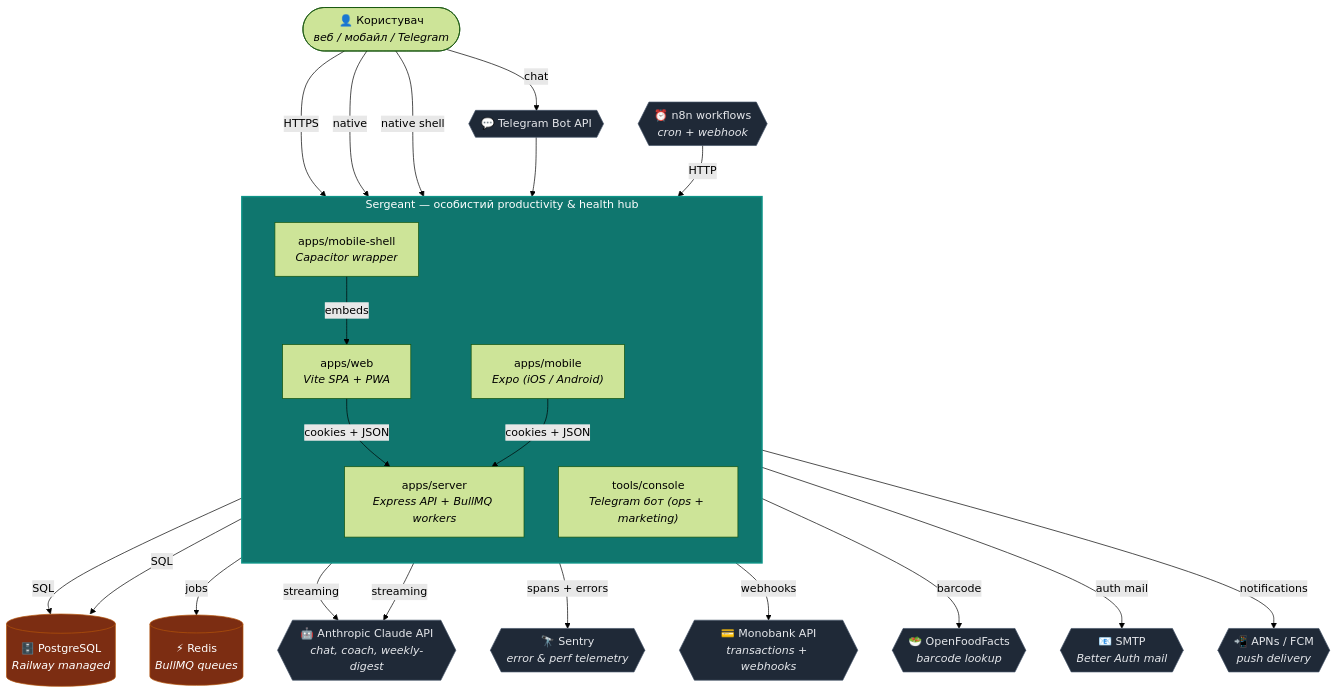
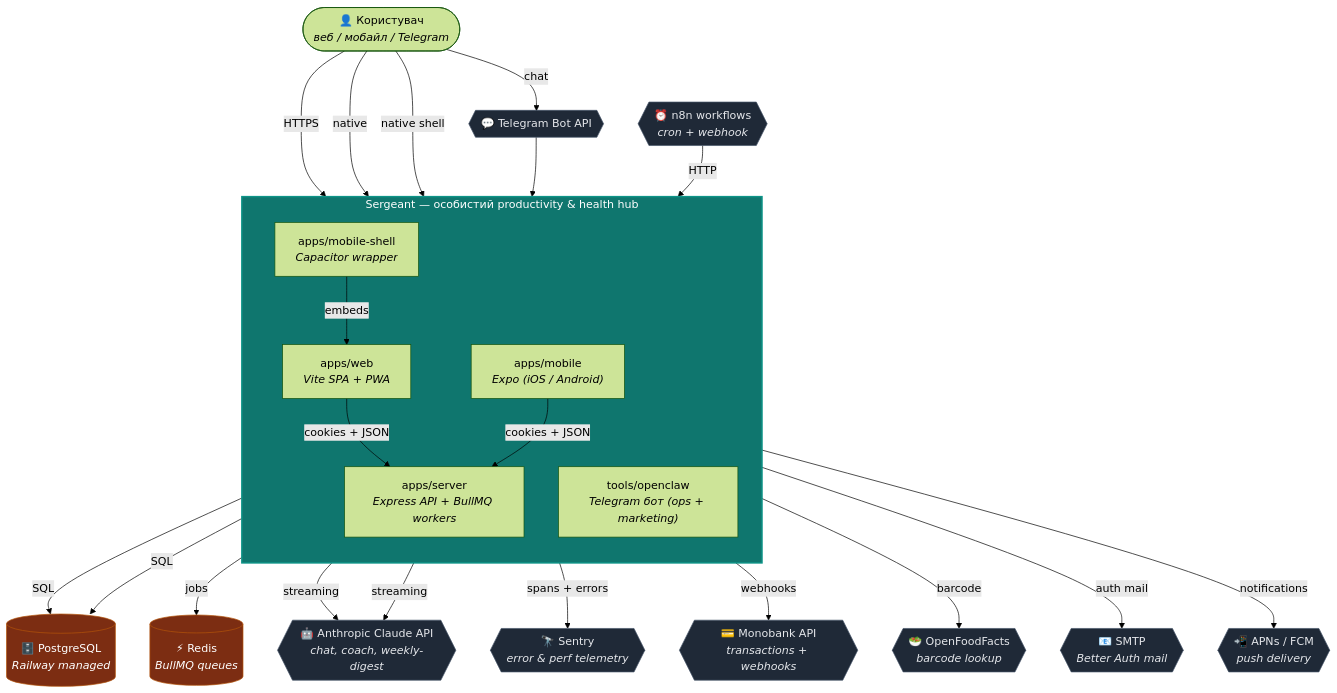
One commit to SkOrDs-02/sergeant changed the diagram in docs/architecture/diagrams/c1-system-context.md. Above: the diagram before and after it, drawn with Mermaid (forest theme). The commit also changed other lines of this file and 175 other files, not shown here.

Commit message:
refactor(openclaw): rename tools/console -> tools/openclaw (PR-47 ph1) (#2573)

````diff
--- a/docs/architecture/diagrams/c1-system-context.md
+++ b/docs/architecture/diagrams/c1-system-context.md
@@ -8,53 +8,53 @@
 ```mermaid
 flowchart TB
     User(["👤 Користувач<br/><i>веб / мобайл / Telegram</i>"])
 
     subgraph Sergeant["Sergeant — особистий productivity & health hub"]
         direction TB
         WebApp["apps/web<br/><i>Vite SPA + PWA</i>"]
         MobileApp["apps/mobile<br/><i>Expo (iOS / Android)</i>"]
         ShellApp["apps/mobile-shell<br/><i>Capacitor wrapper</i>"]
         Server["apps/server<br/><i>Express API + BullMQ workers</i>"]
-        Console["tools/console<br/><i>Telegram бот (ops + marketing)</i>"]
+        Console["tools/openclaw<br/><i>Telegram бот (ops + marketing)</i>"]
     end
 
     Postgres[("🗄️ PostgreSQL<br/><i>Railway managed</i>")]
     Redis[("⚡ Redis<br/><i>BullMQ queues</i>")]
     Anthropic{{"🤖 Anthropic Claude API<br/><i>chat, coach, weekly-digest</i>"}}
     Sentry{{"🔭 Sentry<br/><i>error & perf telemetry</i>"}}
     n8n{{"⏰ n8n workflows<br/><i>cron + webhook</i>"}}
     Mono{{"💳 Monobank API<br/><i>transactions + webhooks</i>"}}
     OFF{{"🥗 OpenFoodFacts<br/><i>barcode lookup</i>"}}
     SMTP{{"📧 SMTP<br/><i>Better Auth mail</i>"}}
     Push{{"📲 APNs / FCM<br/><i>push delivery</i>"}}
     Telegram{{"💬 Telegram Bot API"}}
 
     User -->|HTTPS| WebApp
     User -->|native| MobileApp
     User -->|native shell| ShellApp
     User -->|chat| Telegram
 
     ShellApp -->|embeds| WebApp
     WebApp -->|cookies + JSON| Server
     MobileApp -->|cookies + JSON| Server
     Telegram --> Console
 
     Server -->|SQL| Postgres
     Server -->|jobs| Redis
     Server -->|streaming| Anthropic
     Server -->|spans + errors| Sentry
     Server -->|webhooks| Mono
     Server -->|barcode| OFF
     Server -->|auth mail| SMTP
     Server -->|notifications| Push
     n8n -->|HTTP| Server
     Console -->|SQL| Postgres
     Console -->|streaming| Anthropic
 
     classDef sys fill:#0f766e,stroke:#0d9488,color:#fff,stroke-width:2px
     classDef ext fill:#1f2937,stroke:#475569,color:#e5e7eb
     classDef store fill:#7c2d12,stroke:#b45309,color:#fff
     class Sergeant sys
     class Postgres,Redis store
     class Anthropic,Sentry,n8n,Mono,OFF,SMTP,Push,Telegram ext
 ```
````
